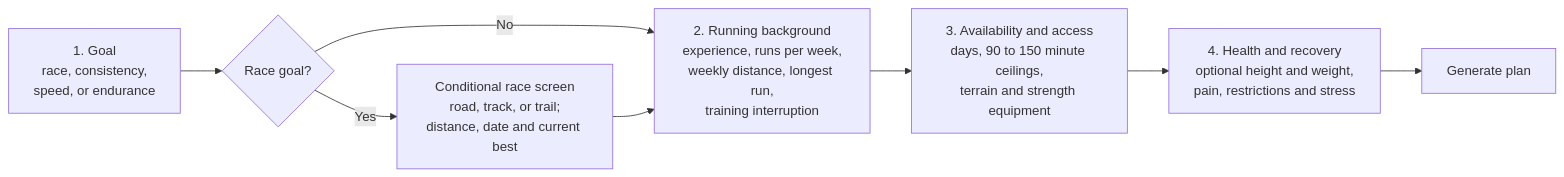
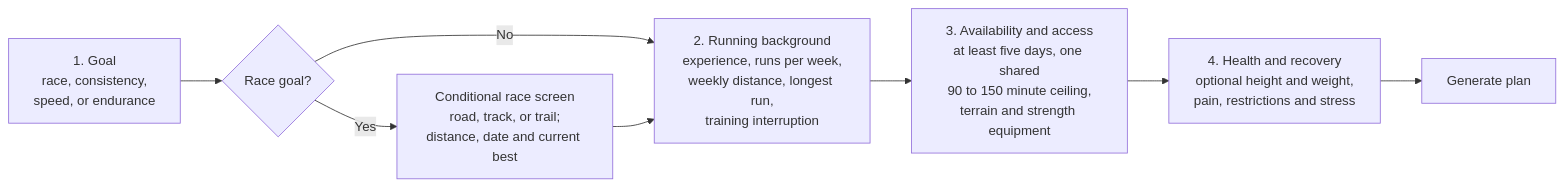
One commit to vamshikrishnabrungi/Fitness-App changed the first of 7 diagrams in docs/training-generation-architecture.md. Above: the diagram before and after it, drawn with Mermaid. The commit also changed 8 other files, not shown here.

Commit message:
Simplify weekly availability to five-day minimum

````diff
--- a/docs/training-generation-architecture.md
+++ b/docs/training-generation-architecture.md
@@ -13,10 +13,10 @@
 ```mermaid
 flowchart LR
     A[1. Goal<br/>race, consistency,<br/>speed, or endurance] --> R{Race goal?}
     R -->|Yes| B[Conditional race screen<br/>road, track, or trail;<br/>distance, date and current best]
     R -->|No| C
     B --> C[2. Running background<br/>experience, runs per week,<br/>weekly distance, longest run,<br/>training interruption]
-    C --> D[3. Availability and access<br/>days, 90 to 150 minute ceilings,<br/>terrain and strength equipment]
+    C --> D[3. Availability and access<br/>at least five days, one shared<br/>90 to 150 minute ceiling,<br/>terrain and strength equipment]
     D --> E[4. Health and recovery<br/>optional height and weight,<br/>pain, restrictions and stress]
     E --> F[Generate plan]
 ```
````
